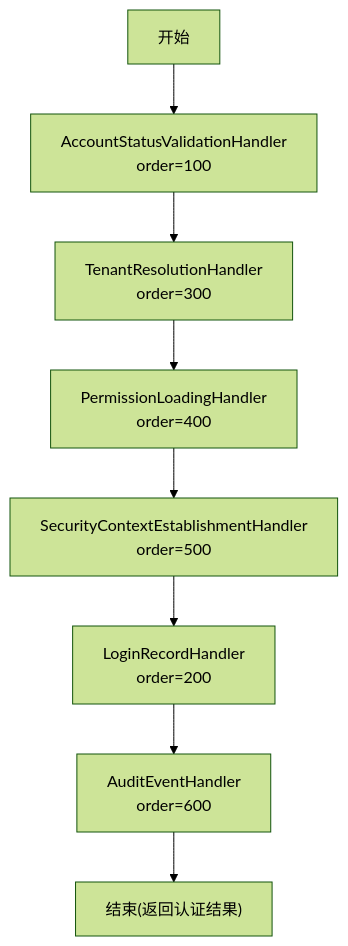
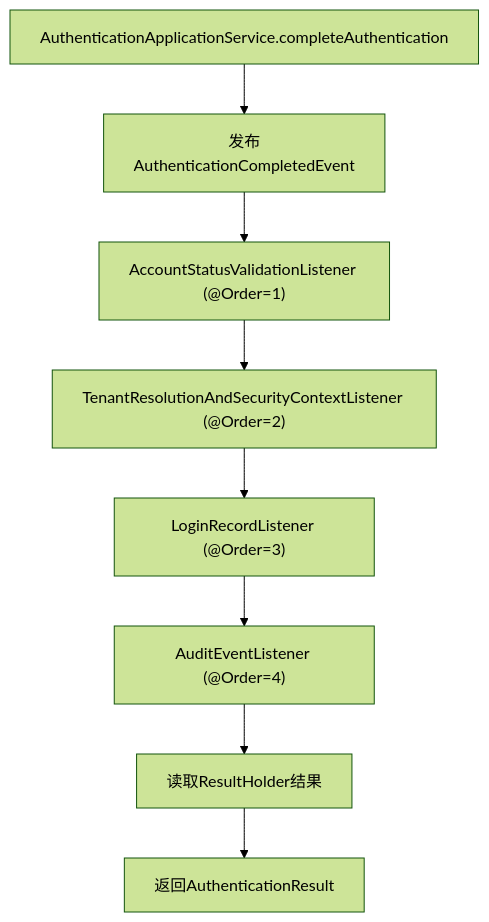
The third of 4 diagrams in .qoder/repowiki/zh/content/核心模块/认证服务器 (iam-auth-server)/认证处理管道/后认证管道.md (fq0121104930716/iam-platform), drawn with Mermaid (forest theme) before and after one commit. The commit also changed other lines of this file and 42 other files, not shown here.

````diff
--- a/.qoder/repowiki/zh/content/核心模块/认证服务器 (iam-auth-server)/认证处理管道/后认证管道.md
+++ b/.qoder/repowiki/zh/content/核心模块/认证服务器 (iam-auth-server)/认证处理管道/后认证管道.md
@@ -130,10 +128,10 @@
 ```mermaid
 flowchart TD
-A["开始"] --> B["AccountStatusValidationHandler<br/>order=100"]
-B --> C["TenantResolutionHandler<br/>order=300"]
-C --> D["PermissionLoadingHandler<br/>order=400"]
-D --> E["SecurityContextEstablishmentHandler<br/>order=500"]
-E --> F["LoginRecordHandler<br/>order=200"]
-F --> G["AuditEventHandler<br/>order=600"]
-G --> H["结束(返回认证结果)"]
+A["AuthenticationApplicationService.completeAuthentication"] --> B["发布AuthenticationCompletedEvent"]
+B --> C["AccountStatusValidationListener (@Order=1)"]
+C --> D["TenantResolutionAndSecurityContextListener (@Order=2)"]
+D --> E["LoginRecordListener (@Order=3)"]
+E --> F["AuditEventListener (@Order=4)"]
+F --> G["读取ResultHolder结果"]
+G --> H["返回AuthenticationResult"]
 ```
````
